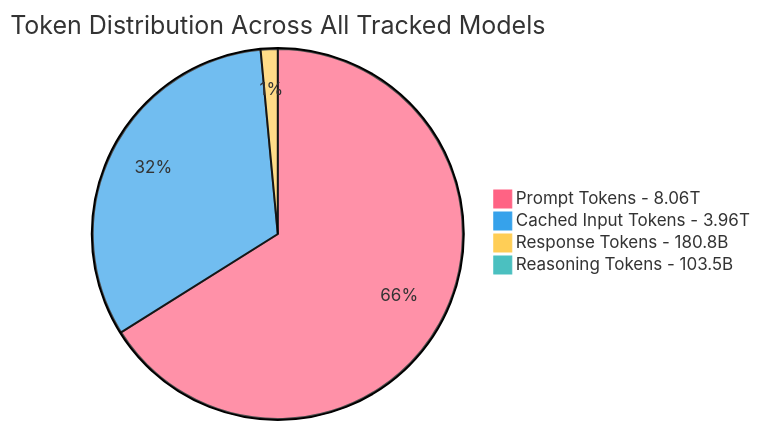
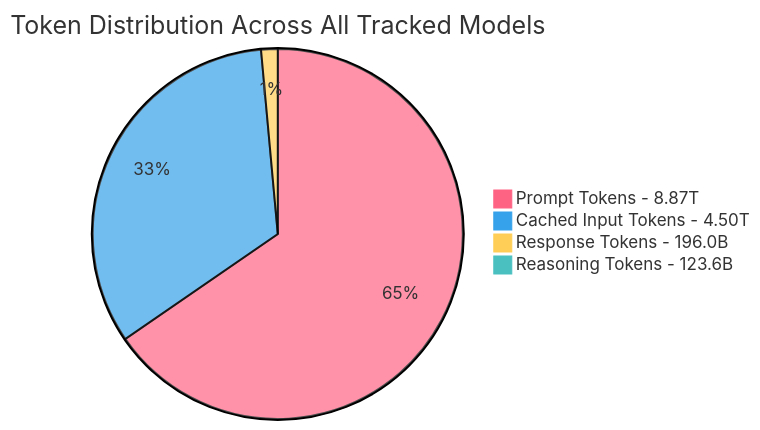
One commit to johnbean393/openrouter-inference-stats changed the fourth of 4 diagrams in README.md. Above: the diagram before and after it, drawn with Mermaid. The commit also changed other lines of this file and 1 other file, not shown here.

````diff
--- a/README.md
+++ b/README.md
@@ -54,9 +54,9 @@
 ```mermaid
 %%{init: {'theme': 'base', 'themeVariables': {'pie1': '#FF6384', 'pie2': '#36A2EB', 'pie3': '#FFCE56', 'pie4': '#4BC0C0', 'pie5': '#9966FF', 'pie6': '#FF9F40', 'pie7': '#2ECC71', 'pie8': '#FF66B2', 'pie9': '#00CCFF', 'pie10': '#E74C3C', 'pie11': '#F39C12', 'pie12': '#1ABC9C'}}}%%
 pie
     title Token Distribution Across All Tracked Models
-    "Prompt Tokens - 8.06T" : 8060813759566
-    "Cached Input Tokens - 3.96T" : 3956942264533
-    "Response Tokens - 180.8B" : 180751908859
-    "Reasoning Tokens - 103.5B" : 103529223423
+    "Prompt Tokens - 8.87T" : 8866825652827
+    "Cached Input Tokens - 4.50T" : 4495058425771
+    "Response Tokens - 196.0B" : 196007023737
+    "Reasoning Tokens - 123.6B" : 123600166624
 ```
````
